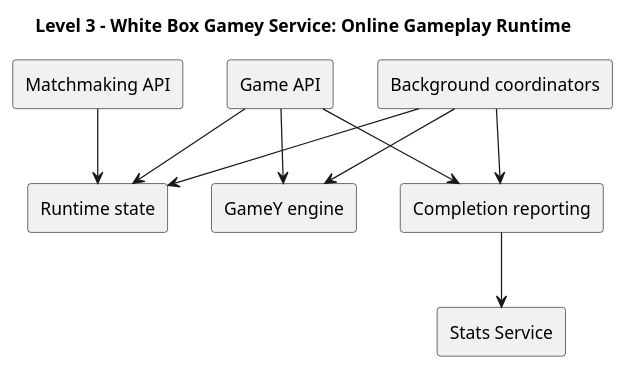
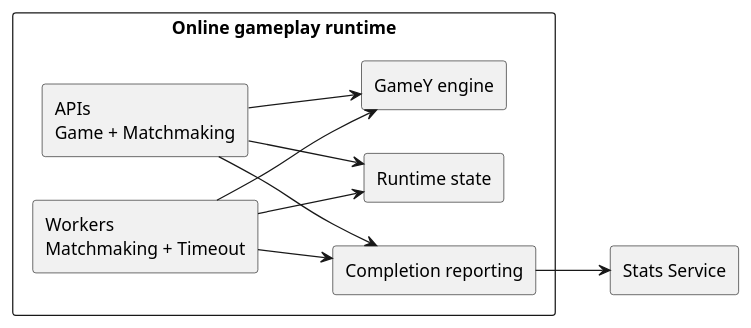
One commit to Arquisoft/yovi_es4b changed the fifth of 5 diagrams in docs/src/05_building_block_view.adoc. Above: the diagram before and after it, drawn with PlantUML. The commit also changed other lines of this file and 26 other files, not shown here.

```diff
--- a/docs/src/05_building_block_view.adoc
+++ b/docs/src/05_building_block_view.adoc
@@ -378,30 +393,27 @@
-[plantuml,"05_level3_online_coordination",png]
+[plantuml,"05_level3_online_runtime_whitebox",png]
 ----
 @startuml
-title Level 3 - White Box Gamey Service: Online Gameplay Runtime
-top to bottom direction
-skinparam componentStyle rectangle
+left to right direction
+skinparam shadowing false
+skinparam monochrome true
+skinparam defaultFontName Arial
 
-component "Game API" as Games
-component "Matchmaking API" as MatchApi
-component "Runtime state" as Runtime
-component "Background coordinators" as Workers
-component "GameY engine" as Engine
-component "Completion reporting" as Reporter
-component "Stats Service" as Stats
+rectangle "Online gameplay runtime" {
+  rectangle "APIs\nGame + Matchmaking" as APIs
+  rectangle "Runtime state" as State
+  rectangle "Workers\nMatchmaking + Timeout" as Workers
+  rectangle "GameY engine" as Engine
+  rectangle "Completion reporting" as Reporting
+}
 
-MatchApi -[hidden]right-> Games
-Games -[hidden]right-> Workers
-Runtime -[hidden]right-> Engine
-Engine -[hidden]right-> Reporter
+rectangle "Stats Service" as Stats
 
-Games --> Runtime
-Games --> Engine
-MatchApi --> Runtime
-Workers --> Runtime
+APIs --> State
+APIs --> Engine
+APIs --> Reporting
+Workers --> State
 Workers --> Engine
-Games --> Reporter
-Workers --> Reporter
-Reporter --> Stats
+Workers --> Reporting
+Reporting --> Stats
 @enduml
 ----
```
